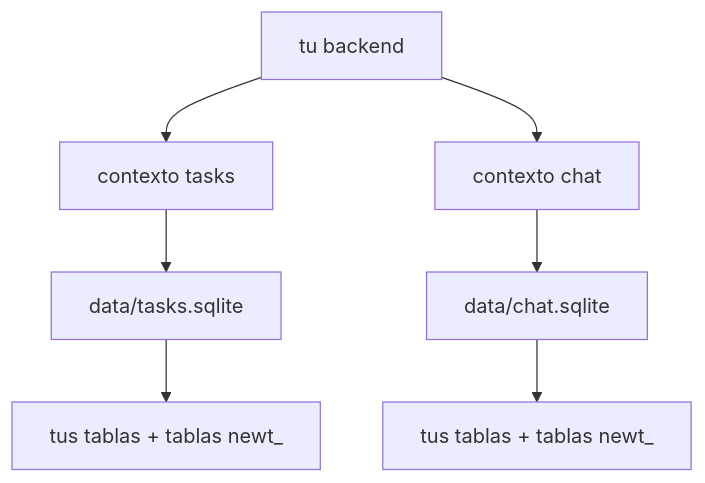
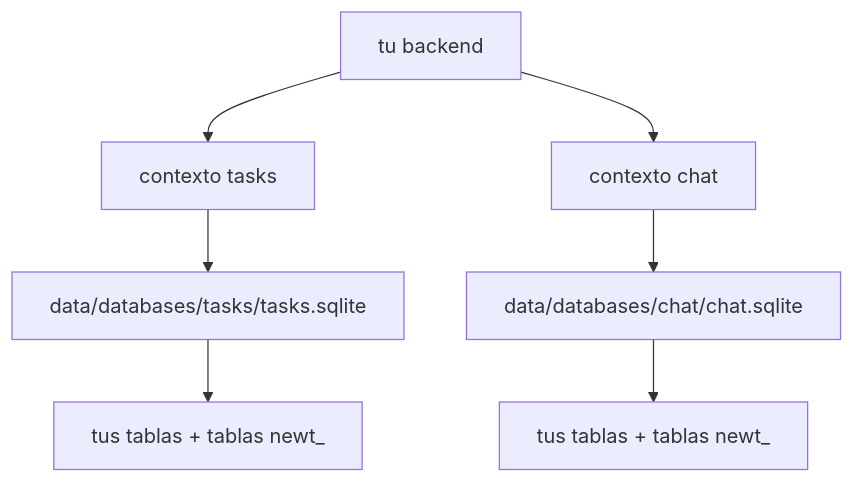
One commit to newt-js/newt changed the first of 2 diagrams in web/src/content/docs/es/concepts/database.md. Above: the diagram before and after it, drawn with Mermaid. The commit also changed other lines of this file and 23 other files, not shown here.

Commit message:
feat!: a context's SQLite database goes in data/databases/<context>/

````diff
--- a/web/src/content/docs/es/concepts/database.md
+++ b/web/src/content/docs/es/concepts/database.md
@@ -14,9 +14,9 @@
 ```mermaid
 flowchart TD
   B["tu backend"] --> T["contexto tasks"]
   B --> C["contexto chat"]
-  T --> TD["data/tasks.sqlite"]
-  C --> CD["data/chat.sqlite"]
+  T --> TD["data/databases/tasks/tasks.sqlite"]
+  C --> CD["data/databases/chat/chat.sqlite"]
   TD --> TT["tus tablas + tablas newt_"]
   CD --> CT["tus tablas + tablas newt_"]
 ```
````
